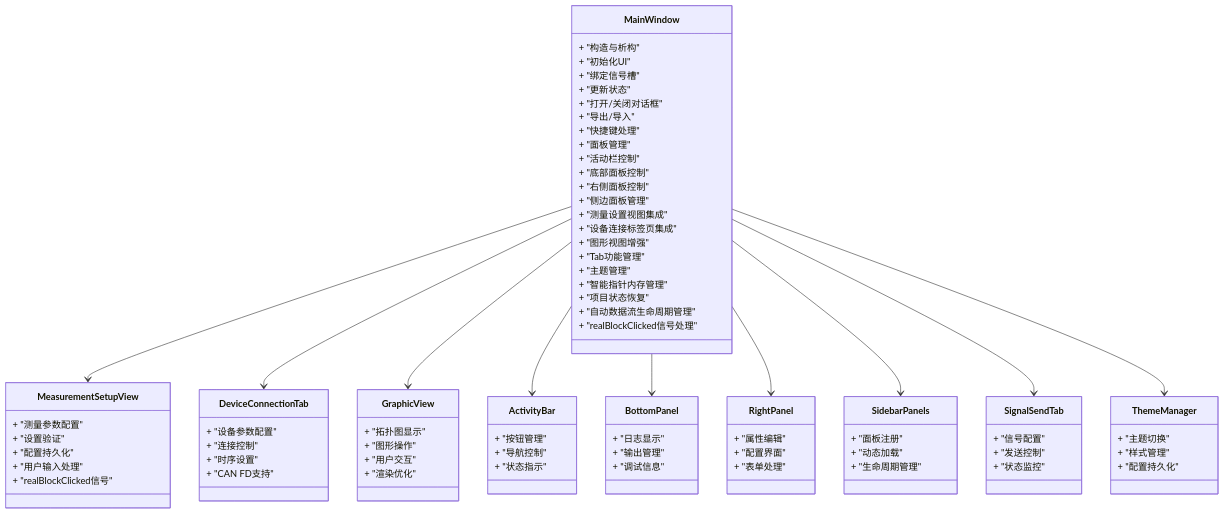
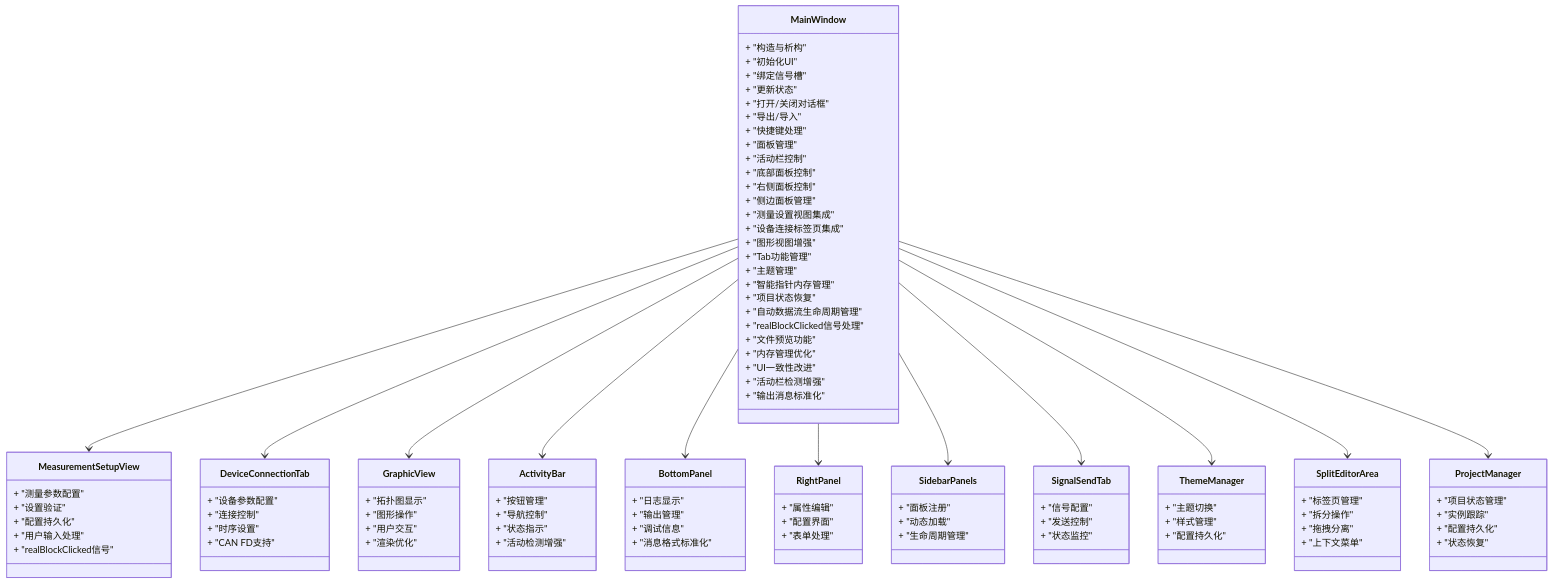
One commit to jakecai1225-design/OpenBus changed the third of 4 diagrams in .qoder/repowiki/zh/content/架构设计/主窗口组件架构.md. Above: the diagram before and after it, drawn with Mermaid. The commit also changed other lines of this file and 9 other files, not shown here.

````diff
--- a/.qoder/repowiki/zh/content/架构设计/主窗口组件架构.md
+++ b/.qoder/repowiki/zh/content/架构设计/主窗口组件架构.md
@@ -254,6 +279,11 @@
 + "项目状态恢复"
 + "自动数据流生命周期管理"
 + "realBlockClicked信号处理"
++ "文件预览功能"
++ "内存管理优化"
++ "UI一致性改进"
++ "活动栏检测增强"
++ "输出消息标准化"
 }
 class MeasurementSetupView {
 + "测量参数配置"
@@ -278,11 +308,13 @@
 + "按钮管理"
 + "导航控制"
 + "状态指示"
++ "活动检测增强"
 }
 class BottomPanel {
 + "日志显示"
 + "输出管理"
 + "调试信息"
++ "消息格式标准化"
 }
 class RightPanel {
 + "属性编辑"
@@ -304,6 +336,18 @@
 + "样式管理"
 + "配置持久化"
 }
+class SplitEditorArea {
++ "标签页管理"
++ "拆分操作"
++ "拖拽分离"
++ "上下文菜单"
+}
+class ProjectManager {
++ "项目状态管理"
++ "实例跟踪"
++ "配置持久化"
++ "状态恢复"
+}
 MainWindow --> MeasurementSetupView
 MainWindow --> DeviceConnectionTab
 MainWindow --> GraphicView
@@ -313,4 +357,6 @@
 MainWindow --> SidebarPanels
 MainWindow --> SignalSendTab
 MainWindow --> ThemeManager
+MainWindow --> SplitEditorArea
+MainWindow --> ProjectManager
 ```
````
